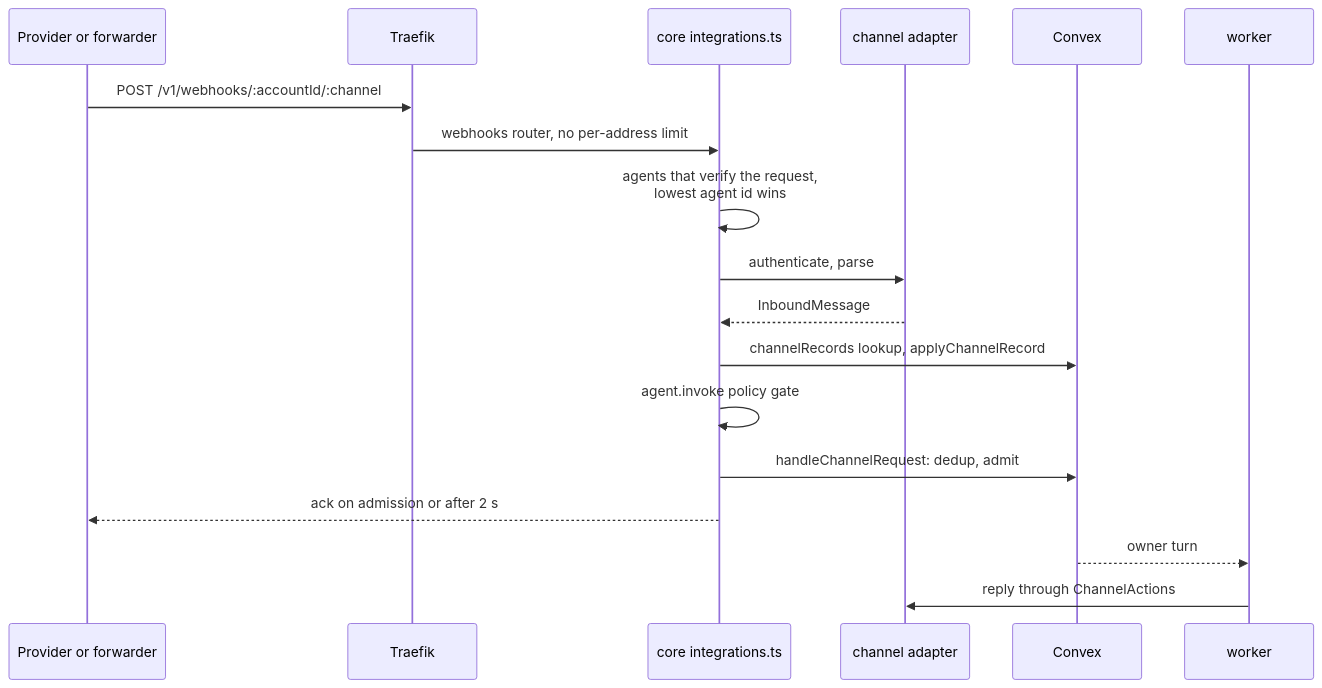
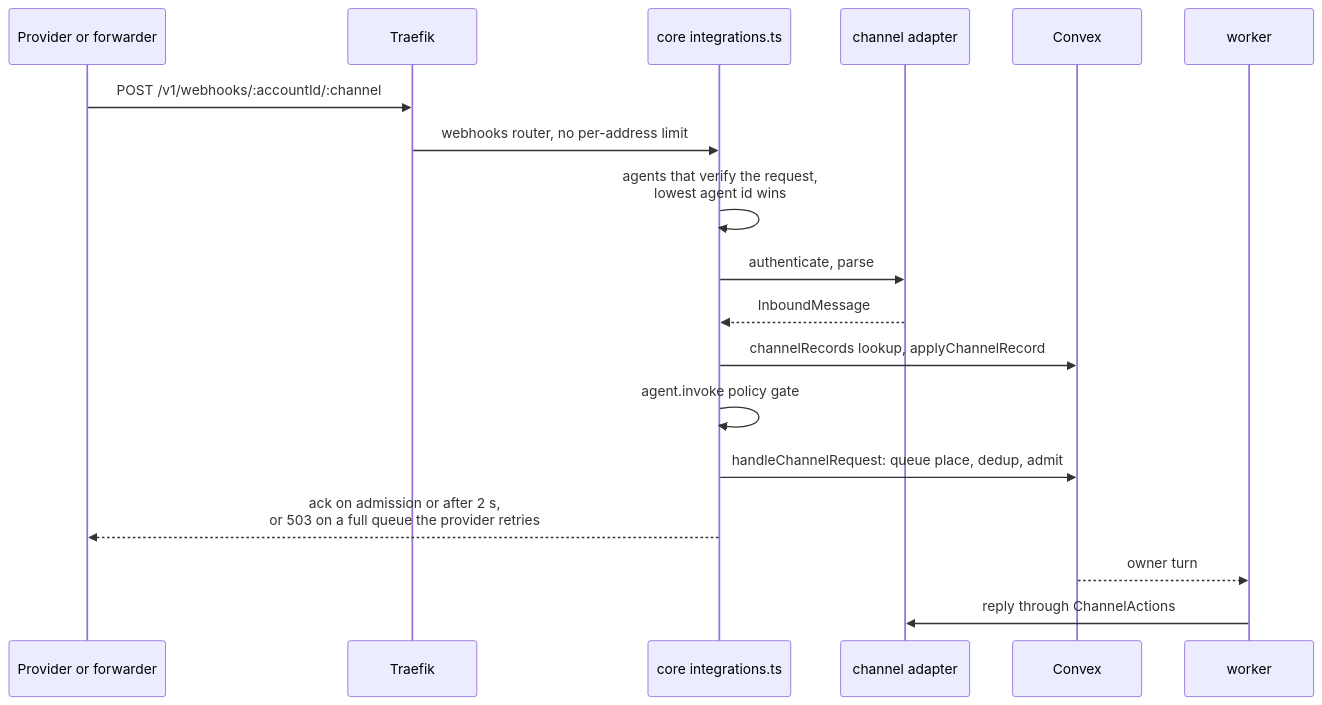
The fourth of 11 diagrams in apps/docs/docs/internals/architecture.md (beeblastco/broods), drawn with Mermaid before and after one commit. The commit also changed other lines of this file and 4 other files, not shown here.

First line of the commit message:
docs: a plan refusal comes before the full-queue 503, and what a full queue answers each channel

````diff
--- a/apps/docs/docs/internals/architecture.md
+++ b/apps/docs/docs/internals/architecture.md
@@ -108,20 +108,20 @@
 ```mermaid
 sequenceDiagram
   participant P as Provider or forwarder
   participant T as Traefik
   participant I as core integrations.ts
   participant A as channel adapter
   participant X as Convex
   participant W as worker
   P->>T: POST /v1/webhooks/:accountId/:channel
   T->>I: webhooks router, no per-address limit
   I->>I: agents that verify the request,<br/>lowest agent id wins
   I->>A: authenticate, parse
   A-->>I: InboundMessage
   I->>X: channelRecords lookup, applyChannelRecord
   I->>I: agent.invoke policy gate
-  I->>X: handleChannelRequest: dedup, admit
-  I-->>P: ack on admission or after 2 s
+  I->>X: handleChannelRequest: queue place, dedup, admit
+  I-->>P: ack on admission or after 2 s,<br/>or 503 on a full queue the provider retries
   X-->>W: owner turn
   W->>A: reply through ChannelActions
 ```
````
